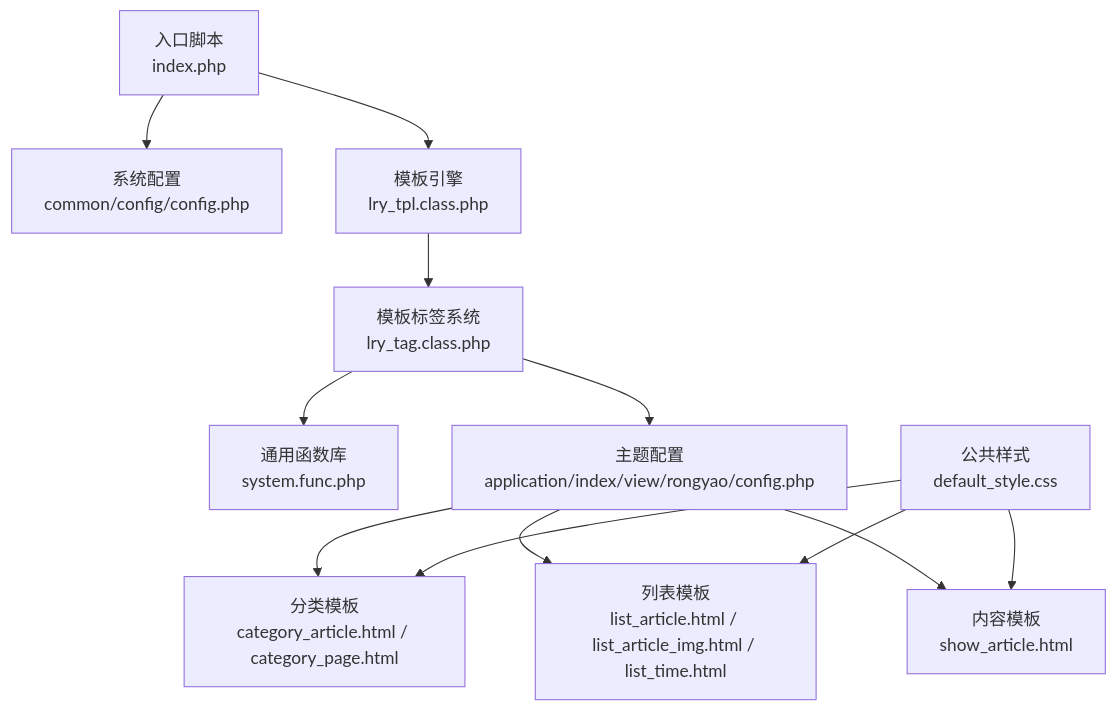
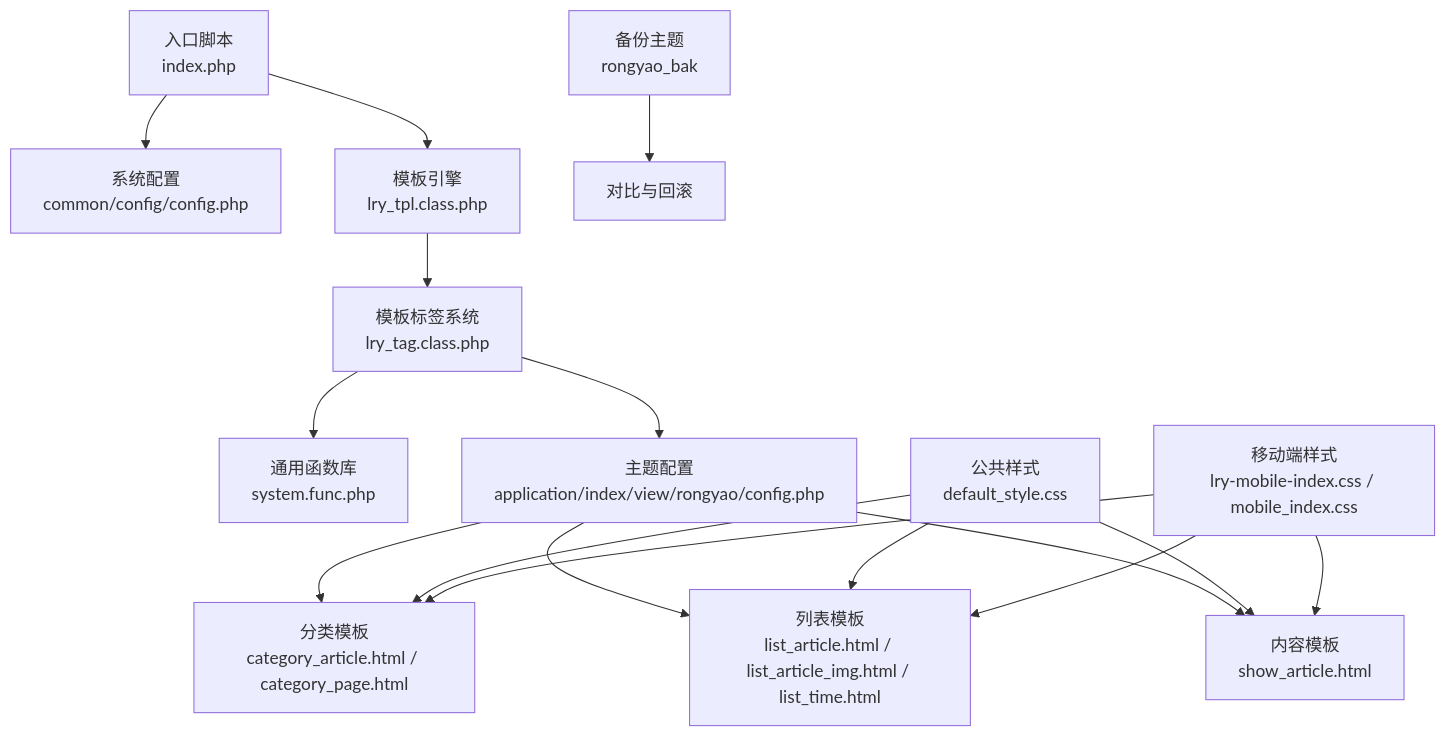
The first of 7 diagrams in .qoder/repowiki/zh/content/系统架构/模块化设计/前台展示模块/前台模板系统.md (lirongyaoper/lryblog.com), drawn with Mermaid before and after one commit. The commit also changed other lines of this file and 13 other files, not shown here.

````diff
--- a/.qoder/repowiki/zh/content/系统架构/模块化设计/前台展示模块/前台模板系统.md
+++ b/.qoder/repowiki/zh/content/系统架构/模块化设计/前台展示模块/前台模板系统.md
@@ -48,14 +51,18 @@
 ```mermaid
 graph TB
 A["入口脚本<br/>index.php"] --> B["系统配置<br/>common/config/config.php"]
 A --> C["模板引擎<br/>lry_tpl.class.php"]
 C --> D["模板标签系统<br/>lry_tag.class.php"]
 D --> E["通用函数库<br/>system.func.php"]
 D --> F["主题配置<br/>application/index/view/rongyao/config.php"]
 F --> G["分类模板<br/>category_article.html / category_page.html"]
 F --> H["列表模板<br/>list_article.html / list_article_img.html / list_time.html"]
 F --> I["内容模板<br/>show_article.html"]
 J["公共样式<br/>default_style.css"] --> G
 J --> H
 J --> I
+K["移动端样式<br/>lry-mobile-index.css / mobile_index.css"] --> G
+K --> H
+K --> I
+L["备份主题<br/>rongyao_bak"] --> M["对比与回滚"]
 ```
````
